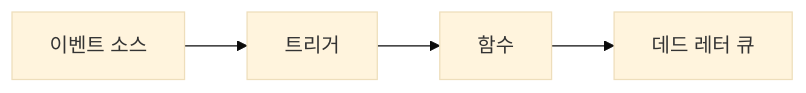
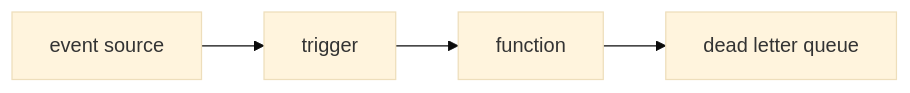
The diagram in content/serverless-101/ko/03-trigger-and-event.md (yeongseon-books/book-content), drawn with Mermaid (base theme) before and after one commit. The commit also changed other lines of this file and 9 other files, not shown here.

````diff
--- a/content/serverless-101/ko/03-trigger-and-event.md
+++ b/content/serverless-101/ko/03-trigger-and-event.md
@@ -55,6 +46,6 @@
 ```mermaid
 flowchart LR
-    Source["이벤트 소스"] --> Trigger["트리거"]
-    Trigger --> Func["함수"]
-    Func --> DLQ["데드 레터 큐"]
+    Source["event source"] --> Trigger["trigger"]
+    Trigger --> Func["function"]
+    Func --> DLQ["dead letter queue"]
 ```
````
